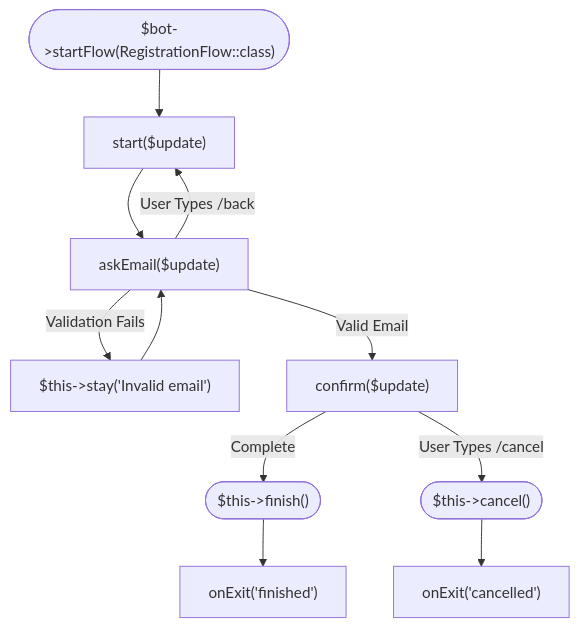
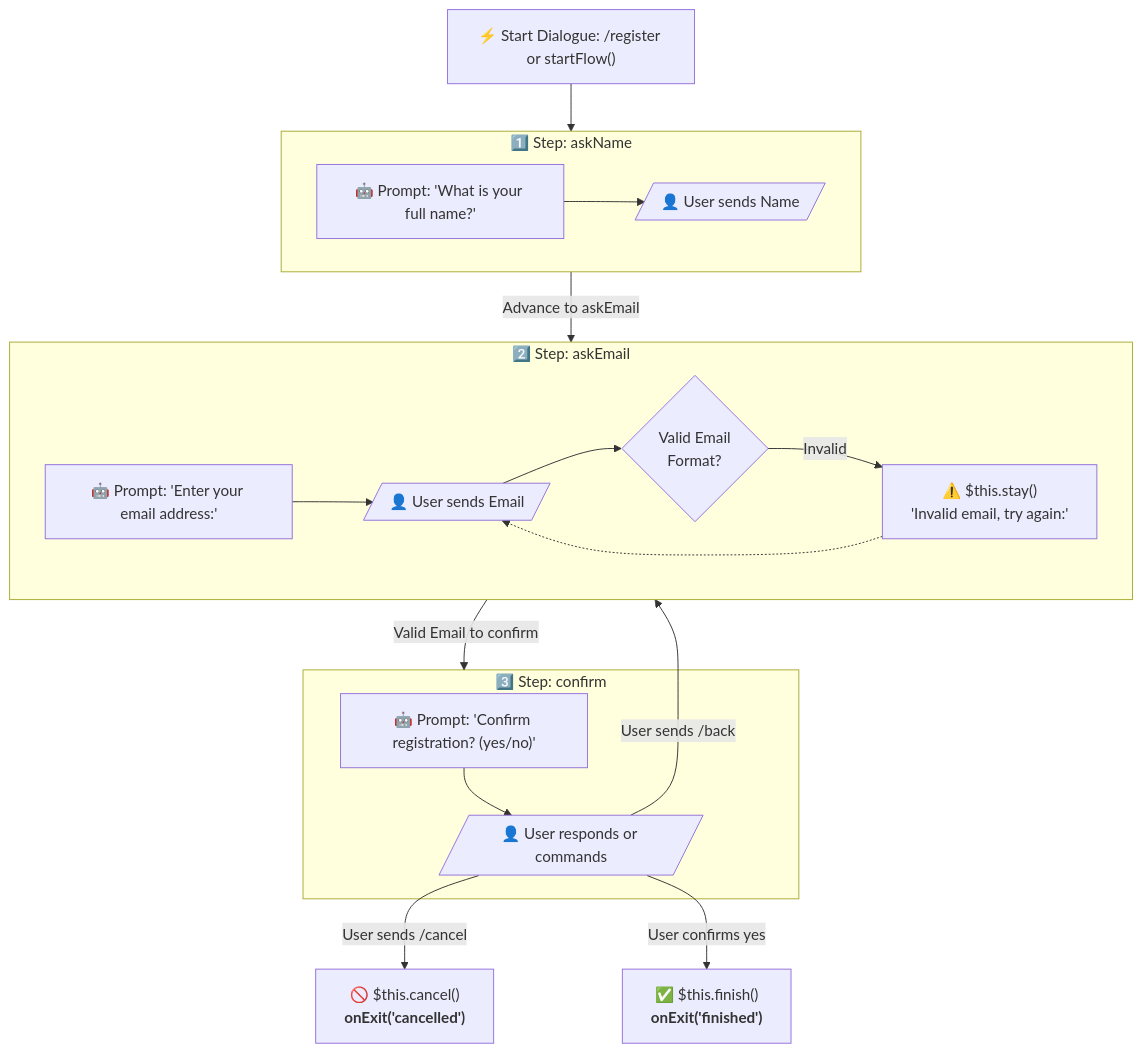
Before and after one commit to tueen/telegram: the first of 2 diagrams in docs/guide/flows.md, drawn with Mermaid. The commit also changed other lines of this file and 28 other files, not shown here.

First line of the commit message:
feat(flow,router): support priority routes, flow fallthrough, and modernize architecture diagrams

````diff
--- a/docs/guide/flows.md
+++ b/docs/guide/flows.md
@@ -7,13 +7,36 @@
 ```mermaid
-graph TD
-    Entry(["$bot->startFlow(RegistrationFlow::class)"]) --> Start["start($update)"]
-    Start --> AskEmail["askEmail($update)"]
-    AskEmail -->|Validation Fails| Retry["$this->stay('Invalid email')"]
-    Retry --> AskEmail
-    AskEmail -->|User Types /back| Start
-    AskEmail -->|Valid Email| Confirm["confirm($update)"]
-    Confirm -->|Complete| Finished(["$this->finish()"])
-    Confirm -->|User Types /cancel| Cancelled(["$this->cancel()"])
-    Cancelled --> ExitHook["onExit('cancelled')"]
-    Finished --> CompleteHook["onExit('finished')"]
+flowchart TD
+    Trigger["⚡ Start Dialogue: /register or startFlow()"] --> Step1
+
+    subgraph Step1 ["1️⃣ Step: askName"]
+        BotName["🤖 Prompt: 'What is your full name?'"]
+        UserSendsName[/"👤 User sends Name"/]
+        BotName --> UserSendsName
+    end
+
+    Step1 -->|Advance to askEmail| Step2
+
+    subgraph Step2 ["2️⃣ Step: askEmail"]
+        BotEmail["🤖 Prompt: 'Enter your email address:'"]
+        UserSendsEmail[/"👤 User sends Email"/]
+        ValidateEmail{"Valid Email<br/>Format?"}
+        RetryEmail["⚠️ $this.stay()<br/>'Invalid email, try again:'"]
+        
+        BotEmail --> UserSendsEmail --> ValidateEmail
+        ValidateEmail -->|Invalid| RetryEmail
+        RetryEmail -.-> UserSendsEmail
+    end
+
+    Step2 -->|Valid Email to confirm| Step3
+
+    subgraph Step3 ["3️⃣ Step: confirm"]
+        BotConfirm["🤖 Prompt: 'Confirm registration? (yes/no)'"]
+        UserResponse[/"👤 User responds or commands"/]
+        
+        BotConfirm --> UserResponse
+    end
+
+    UserResponse -->|User sends /back| Step2
+    UserResponse -->|User sends /cancel| CancelExit["🚫 $this.cancel()<br/><b>onExit('cancelled')</b>"]
+    UserResponse -->|User confirms yes| FinishExit["✅ $this.finish()<br/><b>onExit('finished')</b>"]
 ```
````
